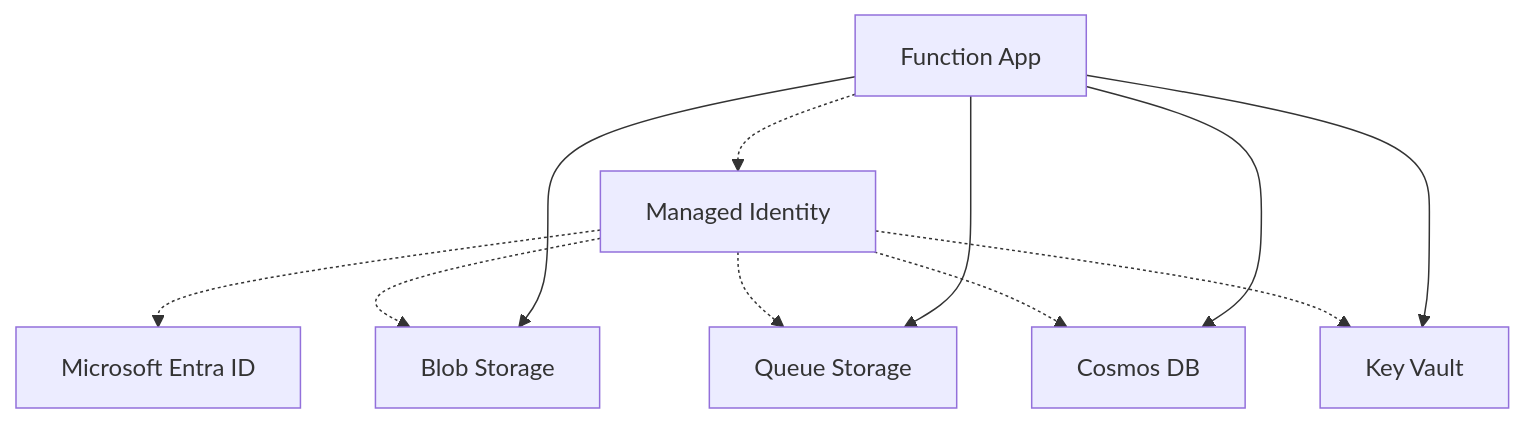
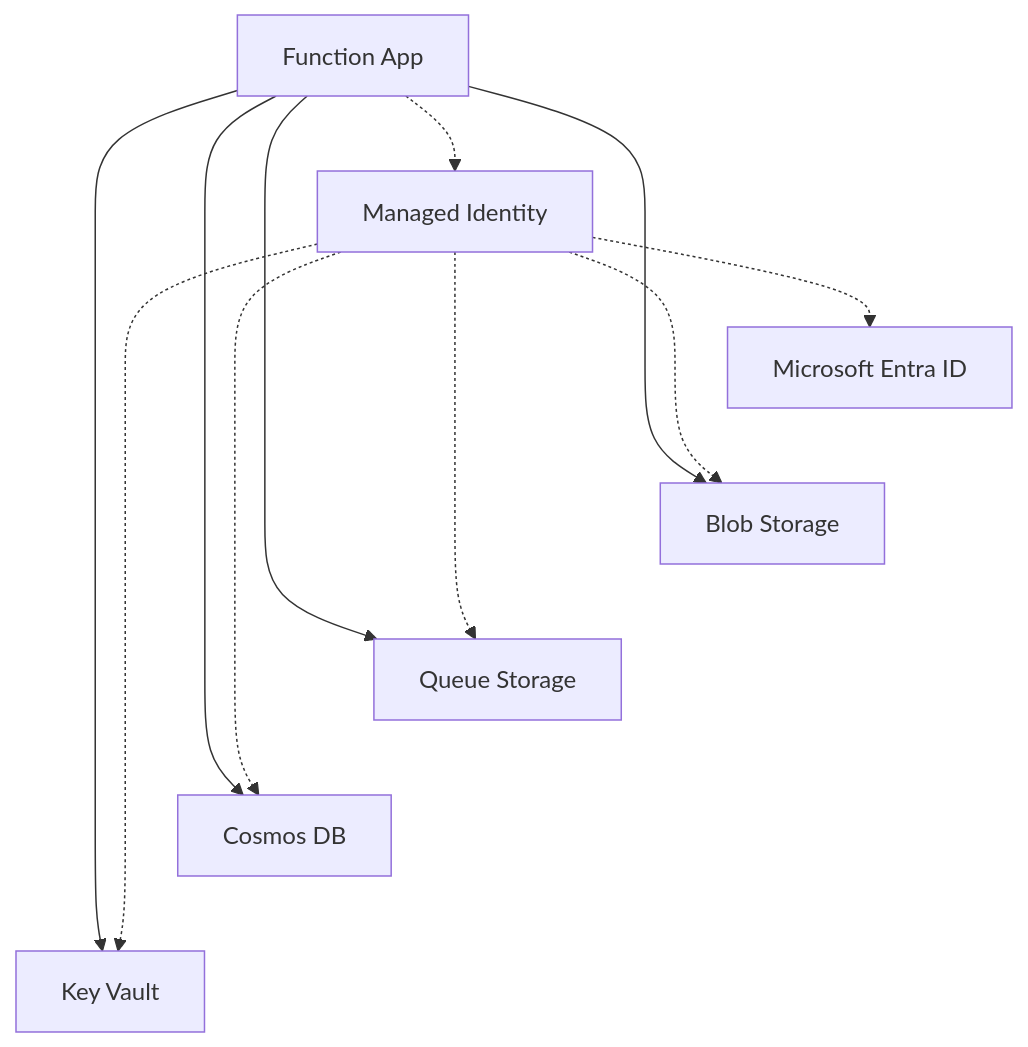
Before and after one commit to yeongseon/azure-functions-practical-guide: the first of 2 diagrams in docs/language-guides/python/recipes/managed-identity.md, drawn with Mermaid. The commit also changed other lines of this file, not shown here.

First line of the commit message:
docs(diagrams): clarify and tier Python identity and RBAC relationships

````diff
--- a/docs/language-guides/python/recipes/managed-identity.md
+++ b/docs/language-guides/python/recipes/managed-identity.md
@@ -28,13 +31,20 @@
 ```mermaid
 flowchart TD
+    accTitle: Configured app identity and resource relationships
+    accDescr: The function app has a configured managed identity represented in Entra ID and separate application data paths to Blob, Queue, Cosmos DB and Key Vault. Dotted links denote identity and resource-permission associations, not data transit or automatic connections.
     FA[Function App] -.-> MI[Managed Identity]
     MI -.-> ENTRA[Microsoft Entra ID]
     FA --> BLOB[Blob Storage]
     FA --> QUEUE[Queue Storage]
     FA --> COSMOS[Cosmos DB]
     FA --> KV[Key Vault]
     MI -.-> BLOB
     MI -.-> QUEUE
     MI -.-> COSMOS
     MI -.-> KV
+    %% Layout-only links tier the existing resources; they add no service calls or authorization steps.
+    ENTRA ~~~ BLOB
+    BLOB ~~~ QUEUE
+    QUEUE ~~~ COSMOS
+    COSMOS ~~~ KV
 ```
````
